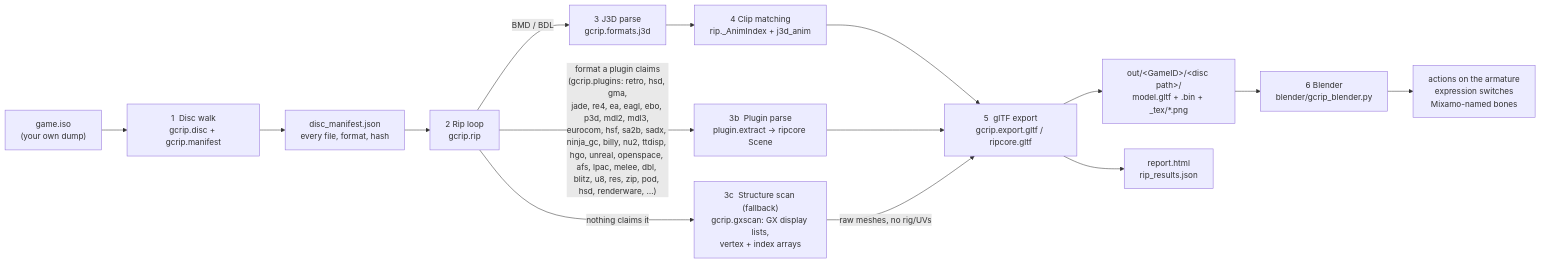
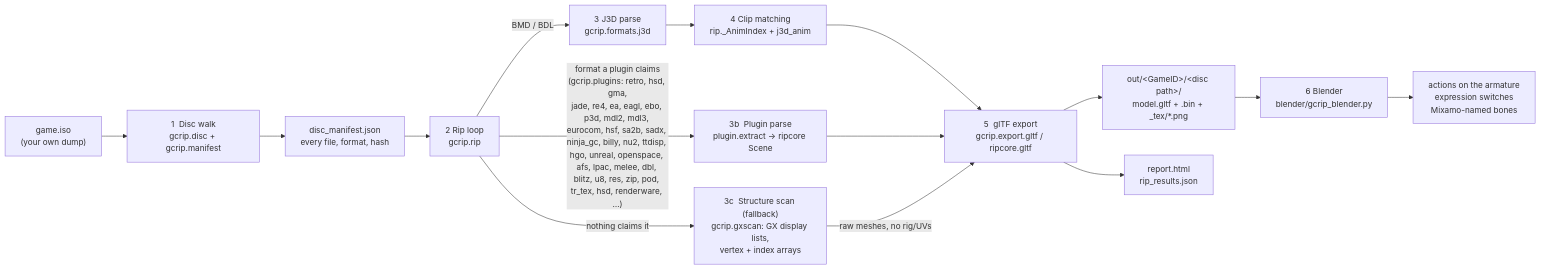
One commit to Felbs/3d-ripper-9000 changed the first of 9 diagrams in docs/PIPELINE.md. Above: the diagram before and after it, drawn with Mermaid. The commit also changed other lines of this file and 5 other files, not shown here.

First line of the commit message:
gcrip tr_tex: Terminal Reality .TEX textures (BloodRayne 3,685, Blowout 787)

````diff
--- a/docs/PIPELINE.md
+++ b/docs/PIPELINE.md
@@ -11,17 +11,17 @@
 ```mermaid
 flowchart LR
     ISO["game.iso<br/>(your own dump)"] --> WALK["1  Disc walk<br/>gcrip.disc + gcrip.manifest"]
     WALK --> MAN["disc_manifest.json<br/>every file, format, hash"]
     MAN --> RIP["2  Rip loop<br/>gcrip.rip"]
     RIP -->|"BMD / BDL"| J3D["3  J3D parse<br/>gcrip.formats.j3d"]
-    RIP -->|"format a plugin claims<br/>(gcrip.plugins: retro, hsd, gma,<br/>jade, re4, ea, eagl, ebo, p3d, mdl2, mdl3, eurocom, hsf, sa2b, sadx, ninja_gc, billy, nu2, ttdisp, hgo, unreal, openspace, afs, lpac, melee, dbl, blitz, u8, res, zip, pod, hsd, renderware, …)"| PLUG["3b  Plugin parse<br/>plugin.extract → ripcore Scene"]
+    RIP -->|"format a plugin claims<br/>(gcrip.plugins: retro, hsd, gma,<br/>jade, re4, ea, eagl, ebo, p3d, mdl2, mdl3, eurocom, hsf, sa2b, sadx, ninja_gc, billy, nu2, ttdisp, hgo, unreal, openspace, afs, lpac, melee, dbl, blitz, u8, res, zip, pod, tr_tex, hsd, renderware, …)"| PLUG["3b  Plugin parse<br/>plugin.extract → ripcore Scene"]
     RIP -->|"nothing claims it"| GX["3c  Structure scan (fallback)<br/>gcrip.gxscan: GX display lists,<br/>vertex + index arrays"]
     J3D --> ANIM["4  Clip matching<br/>rip._AnimIndex + j3d_anim"]
     ANIM --> GLTF["5  glTF export<br/>gcrip.export.gltf / ripcore.gltf"]
     PLUG --> GLTF
     GX -->|"raw meshes, no rig/UVs"| GLTF
     GLTF --> OUT["out/&lt;GameID&gt;/&lt;disc path&gt;/<br/>model.gltf + .bin + _tex/*.png"]
     GLTF --> REP["report.html<br/>rip_results.json"]
     OUT --> BL["6  Blender<br/>blender/gcrip_blender.py"]
     BL --> PLAY["actions on the armature<br/>expression switches<br/>Mixamo-named bones"]
 ```
````
